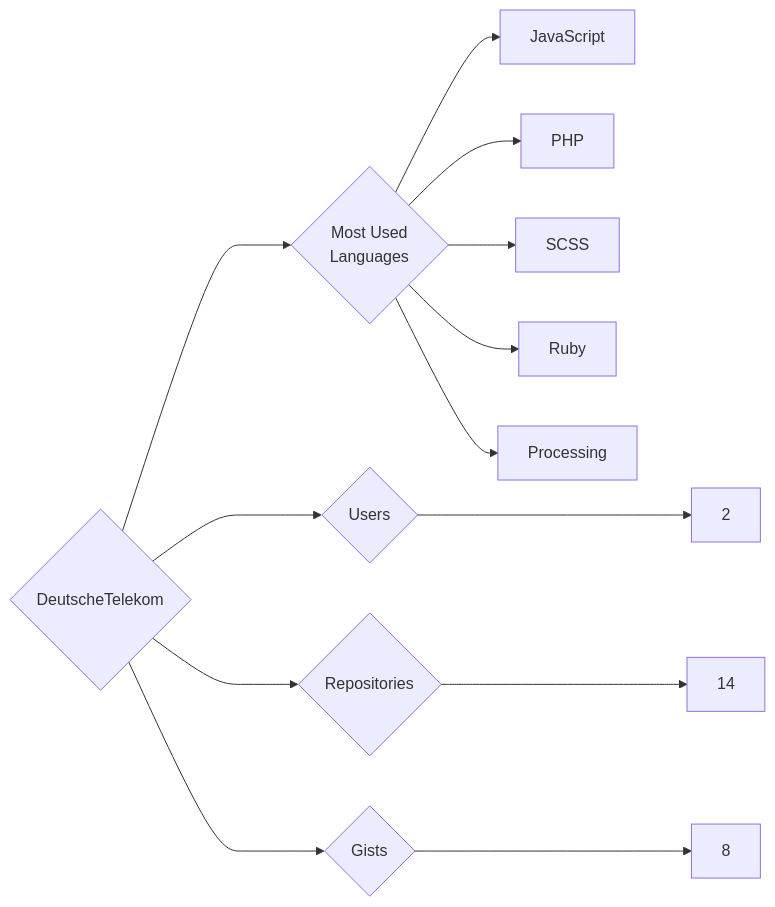
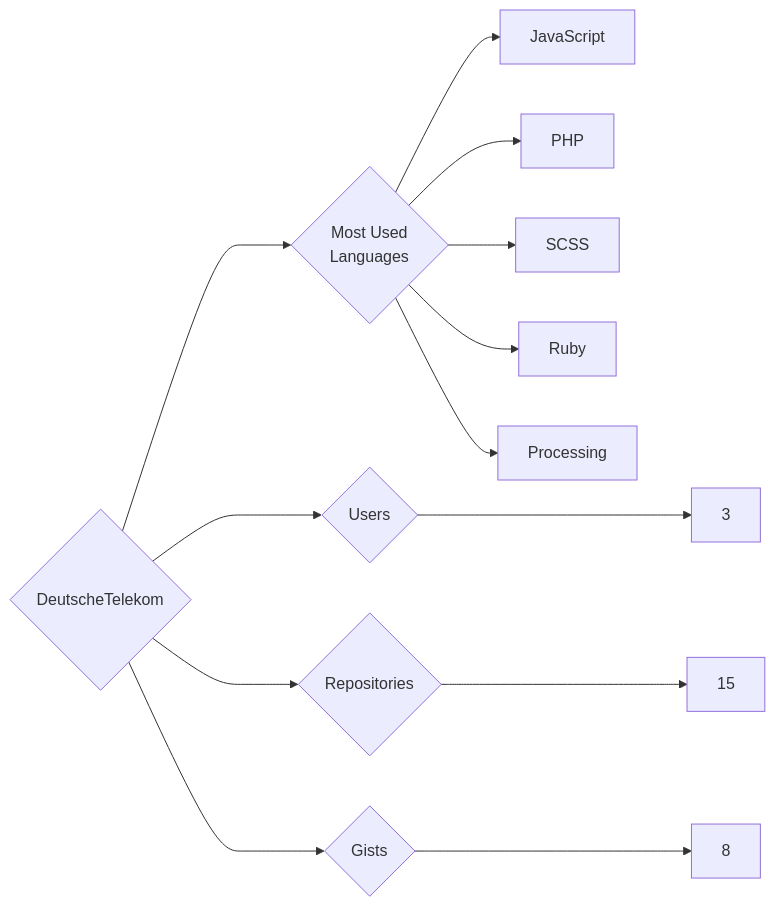
The diagram in targets/DeutscheTelekom/README.md (trickest/insiders), drawn with Mermaid before and after one commit. The commit also changed 859 other files, not shown here.

````diff
--- a/targets/DeutscheTelekom/README.md
+++ b/targets/DeutscheTelekom/README.md
@@ -3,13 +3,13 @@
 ```mermaid
 graph LR
 COMPANY_NAME{DeutscheTelekom}
-COMPANY_NAME ---> U{Users} ---> UN[2]
-COMPANY_NAME ---> R{Repositories} ---> RN[14]
+COMPANY_NAME ---> U{Users} ---> UN[3]
+COMPANY_NAME ---> R{Repositories} ---> RN[15]
 COMPANY_NAME ---> G{Gists} ---> GN[8]
 COMPANY_NAME ---> ML{Most Used<br>Languages}
 ML --> JavaScript[JavaScript]
 ML --> PHP[PHP]
 ML --> SCSS[SCSS]
 ML --> Ruby[Ruby]
 ML --> Processing[Processing]
 ```
````
